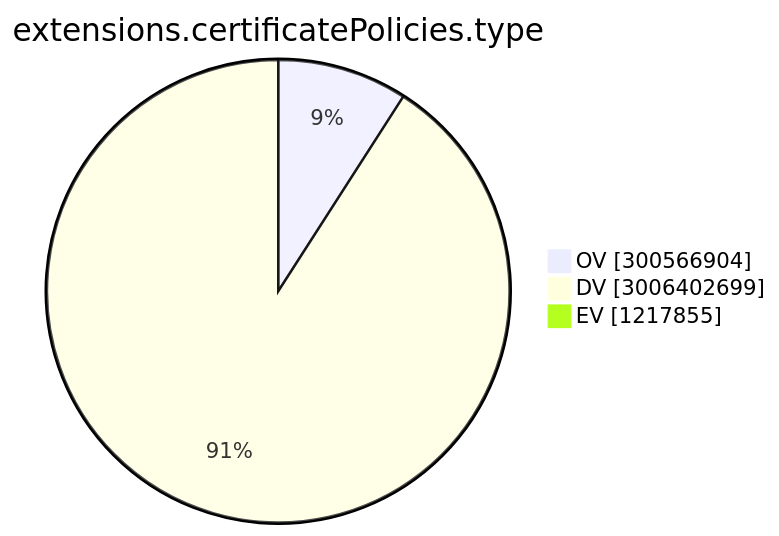
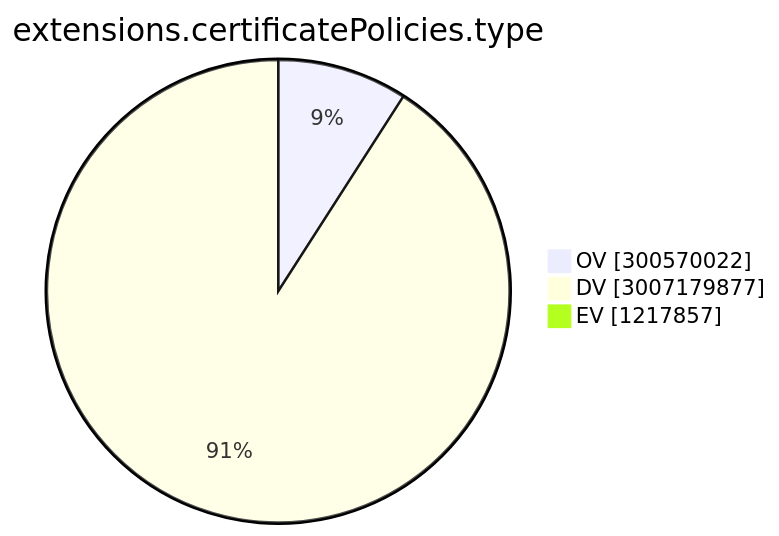
The ninth of 15 diagrams in TOTAL/README.md (christiankrug/ctmonitor_visualization), drawn with Mermaid before and after one commit. The commit also changed other lines of this file, not shown here.

````diff
--- a/TOTAL/README.md
+++ b/TOTAL/README.md
@@ -3102,7 +3102,7 @@
 ```mermaid
 pie showData
 title extensions.certificatePolicies.type
-"OV" :300566904
-"DV" :3006402699
-"EV" :1217855
+"OV" :300570022
+"DV" :3007179877
+"EV" :1217857
 ```
````
